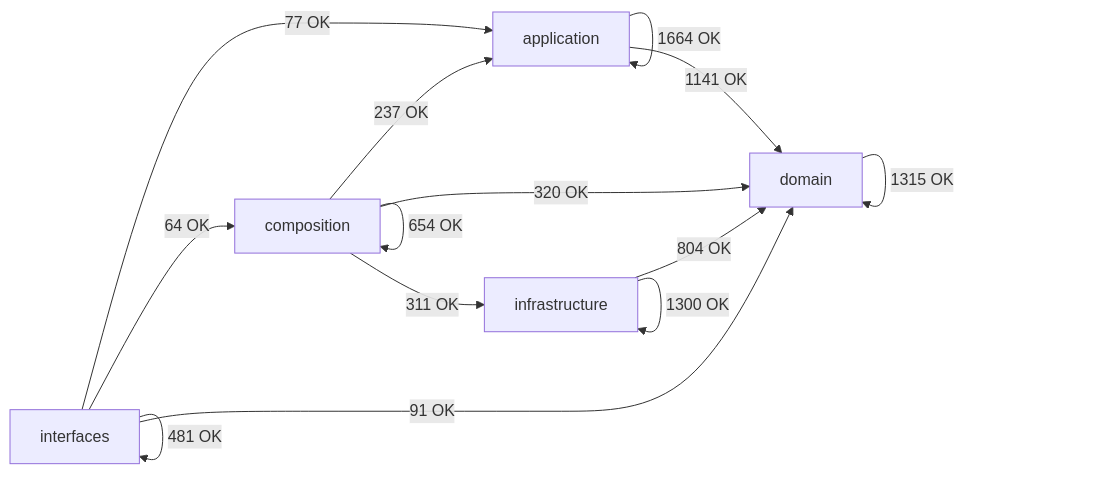
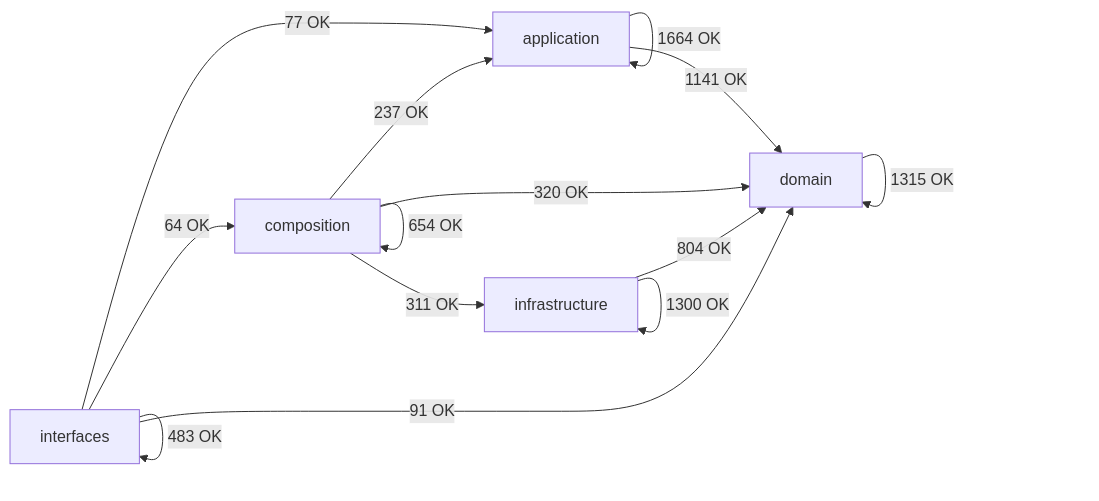
The diagram in docs/02-architecture/generated/module-dependency-map.md (SatoryKono/BioactivityDataAcquisition), drawn with Mermaid before and after one commit. The commit also changed other lines of this file and 19 other files, not shown here.

````diff
--- a/docs/02-architecture/generated/module-dependency-map.md
+++ b/docs/02-architecture/generated/module-dependency-map.md
@@ -17,21 +17,21 @@
 ```mermaid
 flowchart LR
     domain[domain]
     application[application]
     infrastructure[infrastructure]
     composition[composition]
     interfaces[interfaces]
     application -->|1664 OK| application
     application -->|1141 OK| domain
     composition -->|237 OK| application
     composition -->|654 OK| composition
     composition -->|320 OK| domain
     composition -->|311 OK| infrastructure
     domain -->|1315 OK| domain
     infrastructure -->|804 OK| domain
     infrastructure -->|1300 OK| infrastructure
     interfaces -->|77 OK| application
     interfaces -->|64 OK| composition
     interfaces -->|91 OK| domain
-    interfaces -->|481 OK| interfaces
+    interfaces -->|483 OK| interfaces
 ```
````
